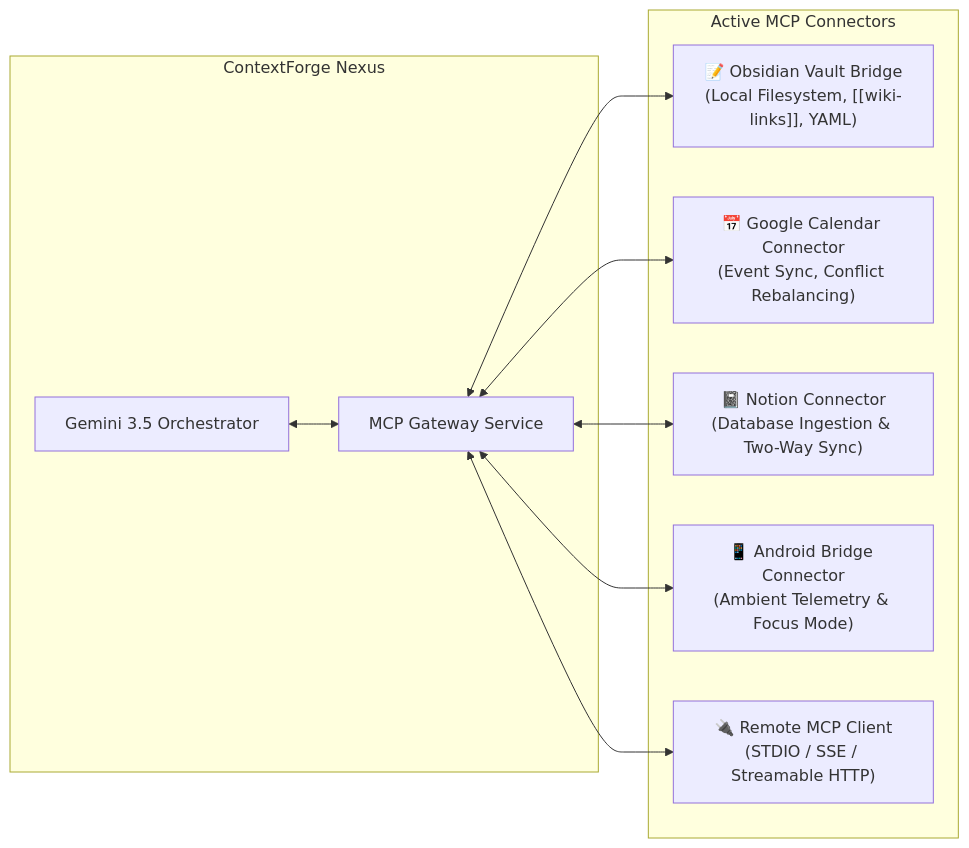
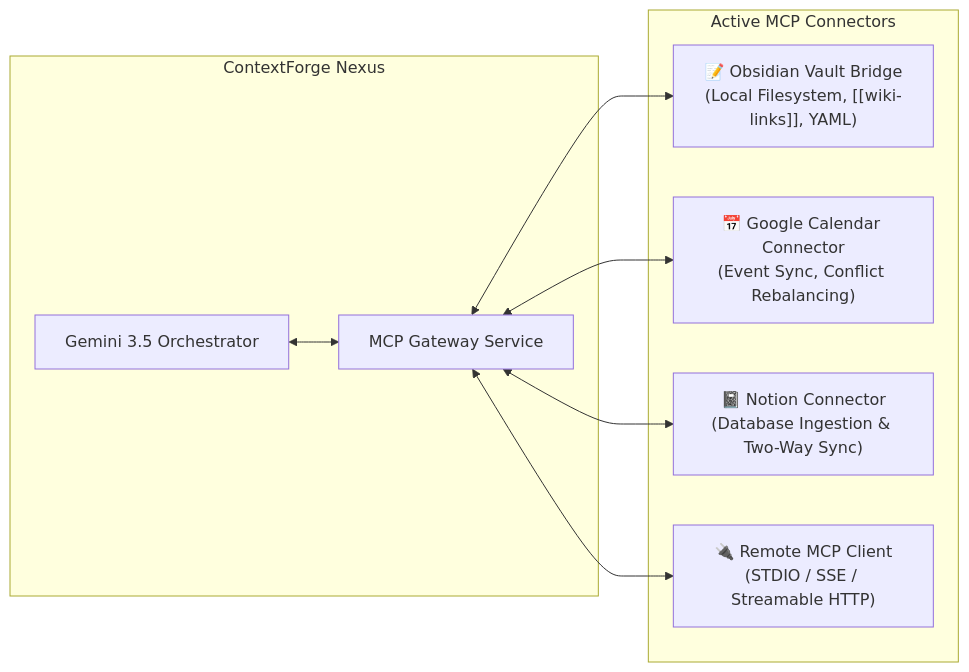
One commit to hasibashari/contextforge changed the third of 3 diagrams in README.md. Above: the diagram before and after it, drawn with Mermaid. The commit also changed other lines of this file and 16 other files, not shown here.

````diff
--- a/README.md
+++ b/README.md
@@ -468,22 +462,20 @@
 ```mermaid
 graph LR
     subgraph ContextForge ["ContextForge Nexus"]
         Gateway["MCP Gateway Service"]
         Agent["Gemini 3.5 Orchestrator"]
     end
 
     subgraph Connectors ["Active MCP Connectors"]
         Obsidian["📝 Obsidian Vault Bridge<br/>(Local Filesystem, [[wiki-links]], YAML)"]
         GCal["📅 Google Calendar Connector<br/>(Event Sync, Conflict Rebalancing)"]
         Notion["📓 Notion Connector<br/>(Database Ingestion & Two-Way Sync)"]
-        Android["📱 Android Bridge Connector<br/>(Ambient Telemetry & Focus Mode)"]
         Generic["🔌 Remote MCP Client<br/>(STDIO / SSE / Streamable HTTP)"]
     end
 
     Agent <--> Gateway
     Gateway <--> Obsidian
     Gateway <--> GCal
     Gateway <--> Notion
-    Gateway <--> Android
     Gateway <--> Generic
 ```
````
